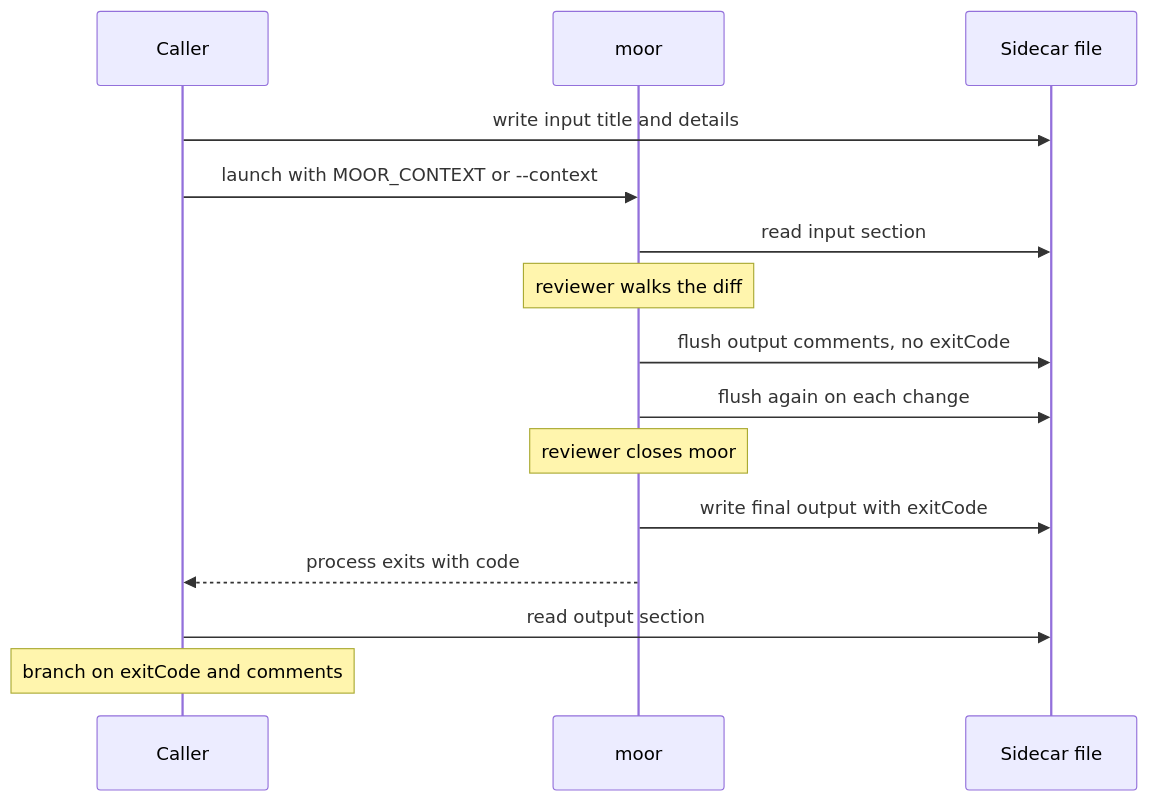
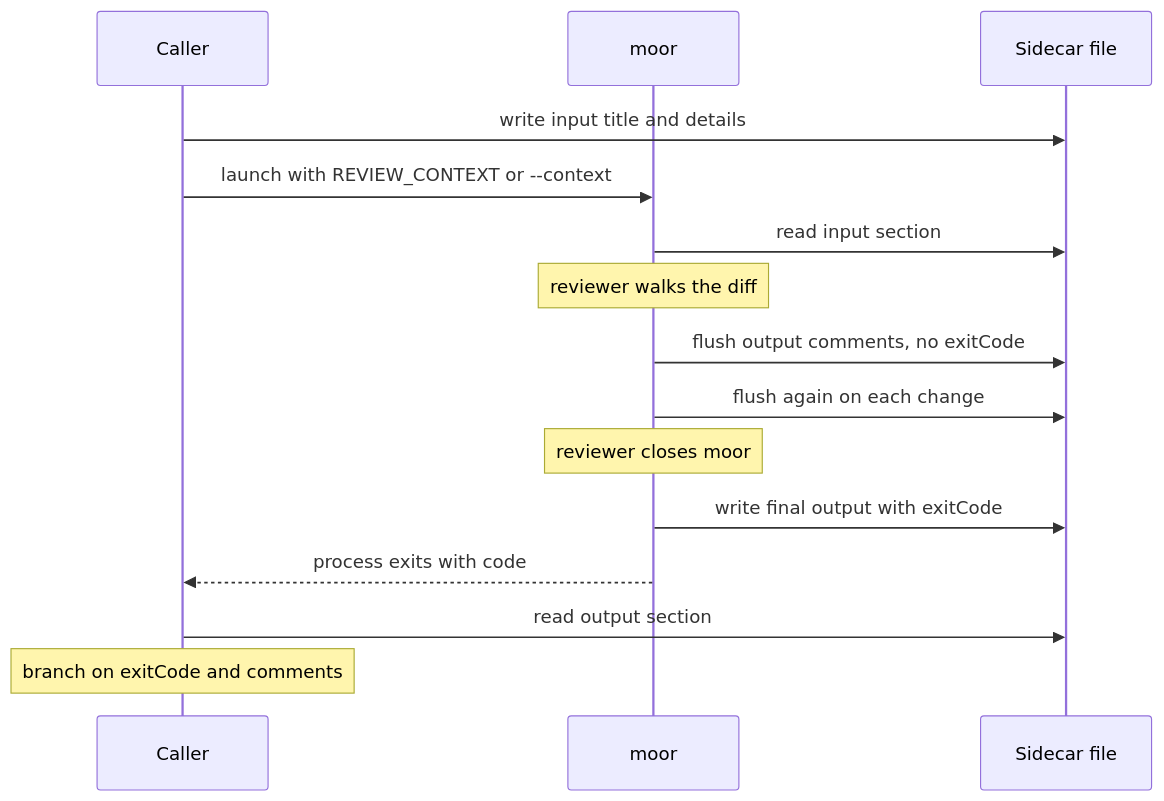
Before and after one commit to chris-peterson/moor: the diagram in docs/calling-contract.md, drawn with Mermaid. The commit also changed other lines of this file and 25 other files, not shown here.

````diff
--- a/docs/calling-contract.md
+++ b/docs/calling-contract.md
@@ -224,18 +217,18 @@
 ```mermaid
 %%{ init: { 'look': 'handDrawn' } }%%
 sequenceDiagram
     participant C as Caller
     participant M as moor
     participant F as Sidecar file
     C->>F: write input title and details
-    C->>M: launch with MOOR_CONTEXT or --context
+    C->>M: launch with REVIEW_CONTEXT or --context
     M->>F: read input section
     Note over M: reviewer walks the diff
     M->>F: flush output comments, no exitCode
     M->>F: flush again on each change
     Note over M: reviewer closes moor
     M->>F: write final output with exitCode
     M-->>C: process exits with code
     C->>F: read output section
     Note over C: branch on exitCode and comments
 ```
````
